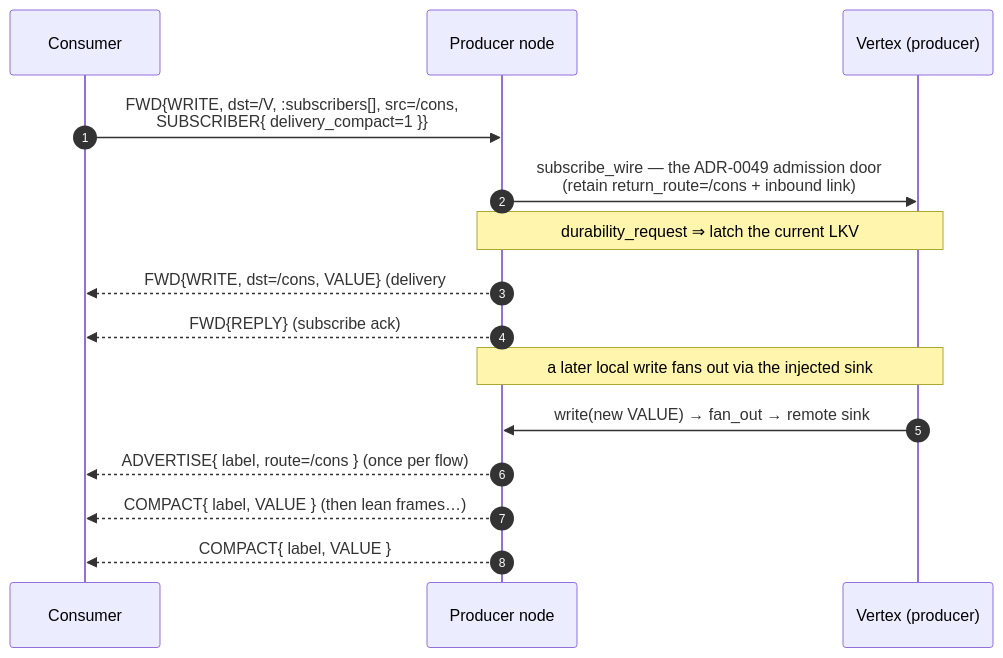
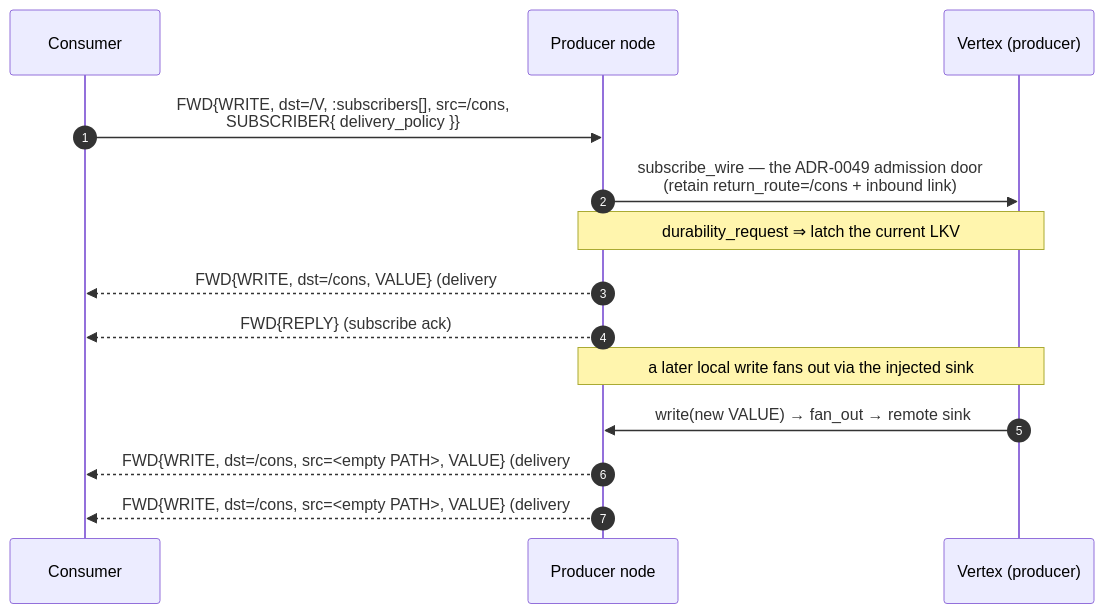
Before and after one commit to avatarsd-llc/libtracer: the second of 7 diagrams in docs/reference/05-protocol-tlvs.md, drawn with Mermaid. The commit also changed other lines of this file and 2 other files, not shown here.

First line of the commit message:
erratum: reference/05 and reference/01 carry RFC-0032's retired route-handle codes

````diff
--- a/docs/reference/05-protocol-tlvs.md
+++ b/docs/reference/05-protocol-tlvs.md
@@ -293,17 +293,16 @@
 ```{mermaid}
 sequenceDiagram
     autonumber
     participant Cons as Consumer
     participant Prod as Producer node
     participant V as Vertex (producer)
-    Cons->>Prod: FWD{WRITE, dst=/V, :subscribers[], src=/cons,<br/>SUBSCRIBER{ delivery_compact=1 }}
+    Cons->>Prod: FWD{WRITE, dst=/V, :subscribers[], src=/cons,<br/>SUBSCRIBER{ delivery_policy }}
     Prod->>V: subscribe_wire — the ADR-0049 admission door<br/>(retain return_route=/cons + inbound link)
     Note over Prod,V: durability_request ⇒ latch the current LKV
     Prod-->>Cons: FWD{WRITE, dst=/cons, VALUE}  (delivery #1 — the latch)
     Prod-->>Cons: FWD{REPLY} (subscribe ack)
     Note over V,Prod: a later local write fans out via the injected sink
     V->>Prod: write(new VALUE) → fan_out → remote sink
-    Prod-->>Cons: ADVERTISE{ label, route=/cons }  (once per flow)
-    Prod-->>Cons: COMPACT{ label, VALUE }          (then lean frames…)
-    Prod-->>Cons: COMPACT{ label, VALUE }
+    Prod-->>Cons: FWD{WRITE, dst=/cons, src=<empty PATH>, VALUE}  (delivery #2)
+    Prod-->>Cons: FWD{WRITE, dst=/cons, src=<empty PATH>, VALUE}  (delivery #3…)
 ```
````
